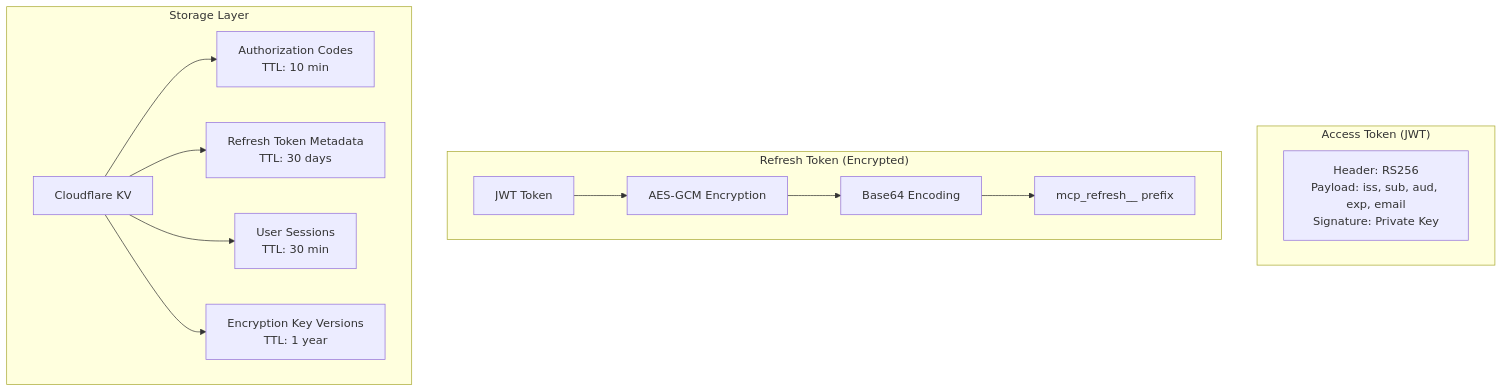
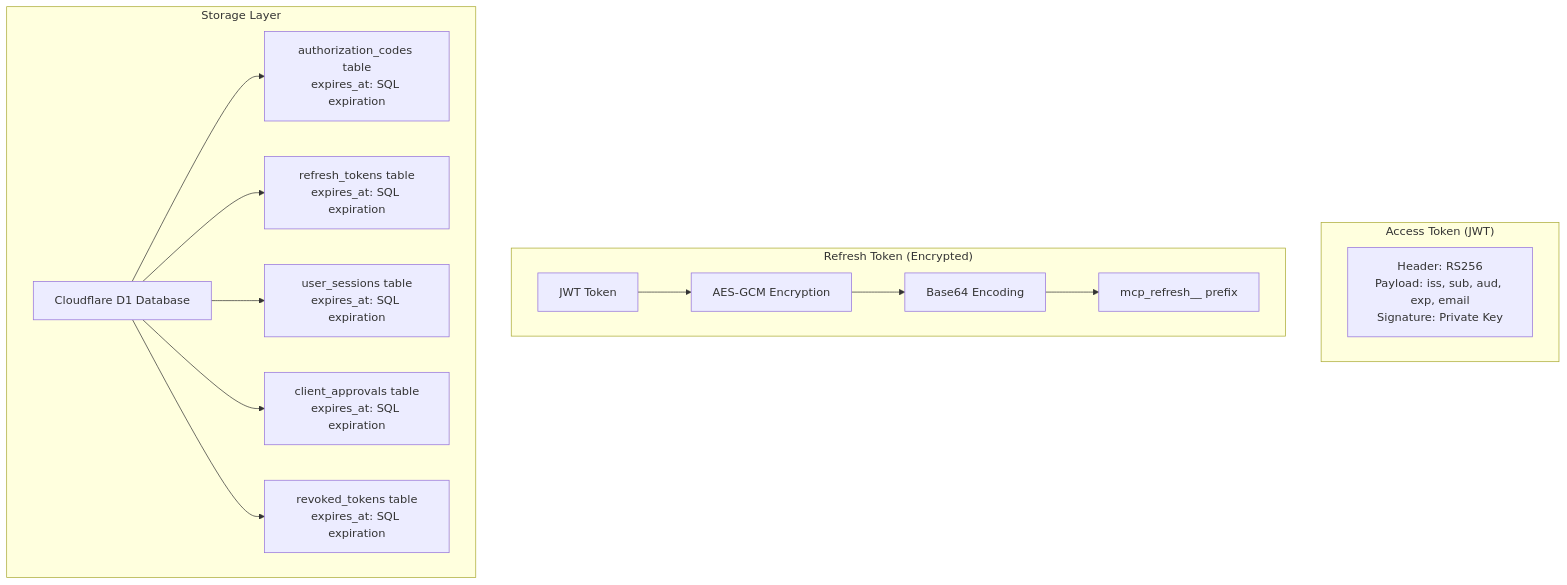
Before and after one commit to R167/mcp-oauth: the third of 5 diagrams in Architecture.md, drawn with Mermaid. The commit also changed other lines of this file, not shown here.

Commit message:
Update Architecture.md to reflect D1 database implementation
- Replace Cloudflare KV references with D1 database
- Update storage layer diagrams to show D1 tables with SQL expiration
- Update deployment architecture to show D1 instead of KV namespace
- Add new tables: client_approvals and revoked_tokens

🤖 Generated with [Claude Code](https://claude.ai/code)

````diff
--- a/Architecture.md
+++ b/Architecture.md
@@ -61,20 +61,21 @@
 ```mermaid
 graph TB
     subgraph "Access Token (JWT)"
         AT[Header: RS256<br/>Payload: iss, sub, aud, exp, email<br/>Signature: Private Key]
     end
 
     subgraph "Refresh Token (Encrypted)"
         RT[JWT Token] --> ENC[AES-GCM Encryption]
         ENC --> B64[Base64 Encoding]
         B64 --> PREFIX[mcp_refresh__ prefix]
     end
 
     subgraph "Storage Layer"
-        KV[Cloudflare KV]
-        KV --> AUTH_CODE[Authorization Codes<br/>TTL: 10 min]
-        KV --> REFRESH_META[Refresh Token Metadata<br/>TTL: 30 days]
-        KV --> SESSIONS[User Sessions<br/>TTL: 30 min]
-        KV --> ENCRYPTION_KEYS[Encryption Key Versions<br/>TTL: 1 year]
+        D1[Cloudflare D1 Database]
+        D1 --> AUTH_CODE[authorization_codes table<br/>expires_at: SQL expiration]
+        D1 --> REFRESH_META[refresh_tokens table<br/>expires_at: SQL expiration]
+        D1 --> SESSIONS[user_sessions table<br/>expires_at: SQL expiration]
+        D1 --> APPROVALS[client_approvals table<br/>expires_at: SQL expiration]
+        D1 --> REVOKED[revoked_tokens table<br/>expires_at: SQL expiration]
     end
 ```
````
